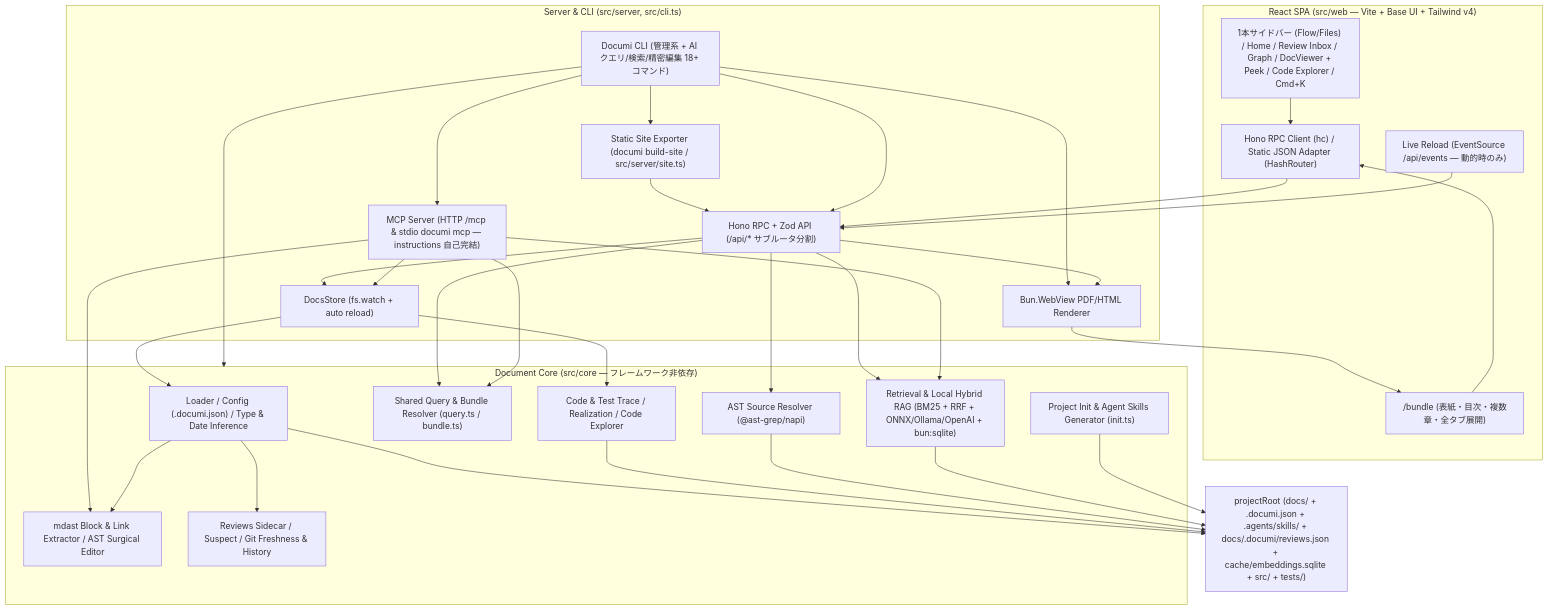
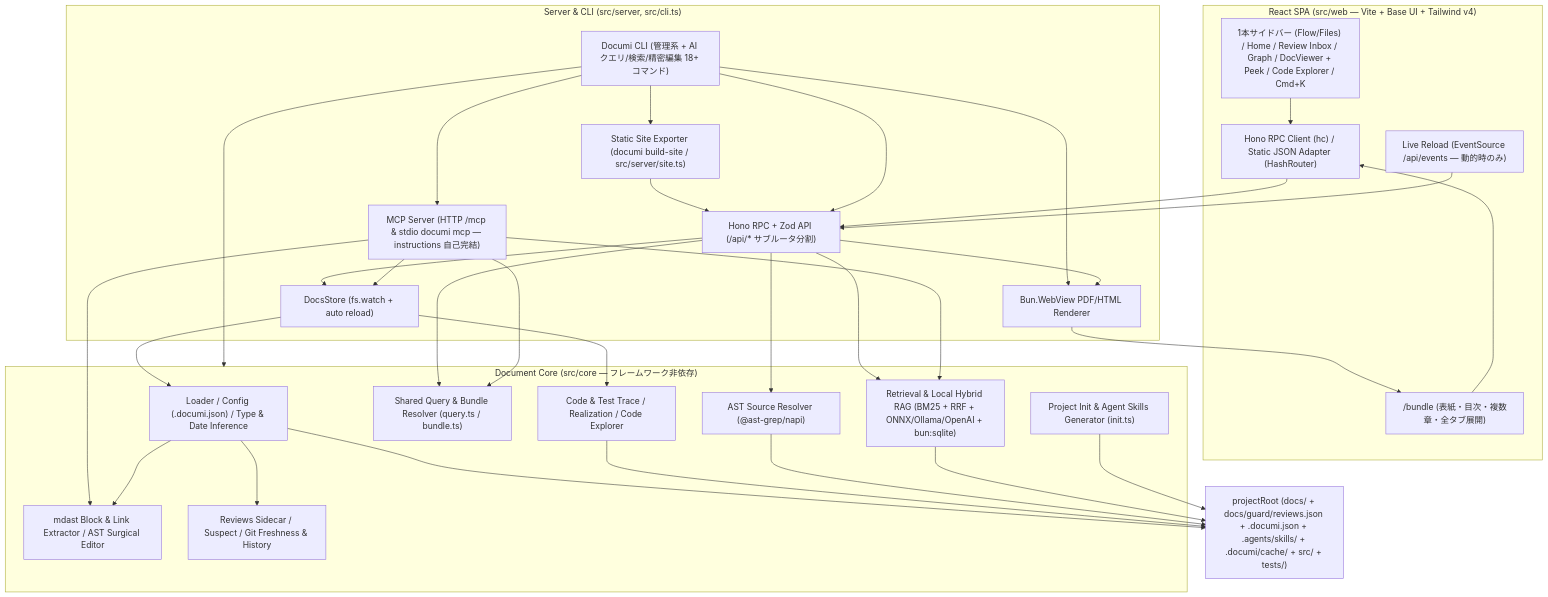
One commit to naatin777/documi changed the diagram in docs/architecture/system-overview.mdx. Above: the diagram before and after it, drawn with Mermaid. The commit also changed other lines of this file and 54 other files, not shown here.

First line of the commit message:
refactor: docs/guard/reviews.json 分離・不要機能削減・最終確認 URL 承認・PR テンプレート整備 (#28)

````diff
--- a/docs/architecture/system-overview.mdx
+++ b/docs/architecture/system-overview.mdx
@@ -12,61 +12,61 @@
 ```mermaid
 flowchart TB
     subgraph Client["React SPA (src/web — Vite + Base UI + Tailwind v4)"]
         UI["1本サイドバー (Flow/Files) / Home / Review Inbox / Graph / DocViewer + Peek / Code Explorer / Cmd+K"]
         ClientAdapter["Hono RPC Client (hc<ApiRoutes>) / Static JSON Adapter (HashRouter)"]
         BundleUI["/bundle (表紙・目次・複数章・全タブ展開)"]
         SSE["Live Reload (EventSource /api/events — 動的時のみ)"]
     end
 
     subgraph Entry["Server & CLI (src/server, src/cli.ts)"]
         API["Hono RPC + Zod API (/api/* サブルータ分割)"]
         MCP["MCP Server (HTTP /mcp & stdio documi mcp — instructions 自己完結)"]
         PDF["Bun.WebView PDF/HTML Renderer"]
         Site["Static Site Exporter (documi build-site / src/server/site.ts)"]
         CLI["Documi CLI (管理系 + AI クエリ/検索/精密編集 18+ コマンド)"]
         Store["DocsStore (fs.watch + auto reload)"]
     end
 
     subgraph Core["Document Core (src/core — フレームワーク非依存)"]
         Loader["Loader / Config (.documi.json) / Type & Date Inference"]
         Mdx["mdast Block & Link Extractor / AST Surgical Editor"]
         Reviews["Reviews Sidecar / Suspect / Git Freshness & History"]
         Trace["Code & Test Trace / Realization / Code Explorer"]
         Query["Shared Query & Bundle Resolver (query.ts / bundle.ts)"]
         Rag["Retrieval & Local Hybrid RAG (BM25 + RRF + ONNX/Ollama/OpenAI + bun:sqlite)"]
         Source["AST Source Resolver (@ast-grep/napi)"]
         Init["Project Init & Agent Skills Generator (init.ts)"]
     end
 
-    FS["projectRoot (docs/ + .documi.json + .agents/skills/ + docs/.documi/reviews.json + cache/embeddings.sqlite + src/ + tests/)"]
+    FS["projectRoot (docs/ + docs/guard/reviews.json + .documi.json + .agents/skills/ + .documi/cache/ + src/ + tests/)"]
 
     UI --> ClientAdapter
     BundleUI --> ClientAdapter
     ClientAdapter --> API
     SSE --> API
     PDF --> BundleUI
     Site --> API
     CLI --> Core
     CLI --> API
     CLI --> MCP
     CLI --> PDF
     CLI --> Site
     API --> Store
     API --> PDF
     API --> Query
     API --> Rag
     API --> Source
     MCP --> Store
     MCP --> Query
     MCP --> Rag
     MCP --> Mdx
     Store --> Loader
     Loader --> Mdx
     Loader --> Reviews
     Store --> Trace
     Loader --> FS
     Trace --> FS
     Source --> FS
     Rag --> FS
     Init --> FS
 ```
````
